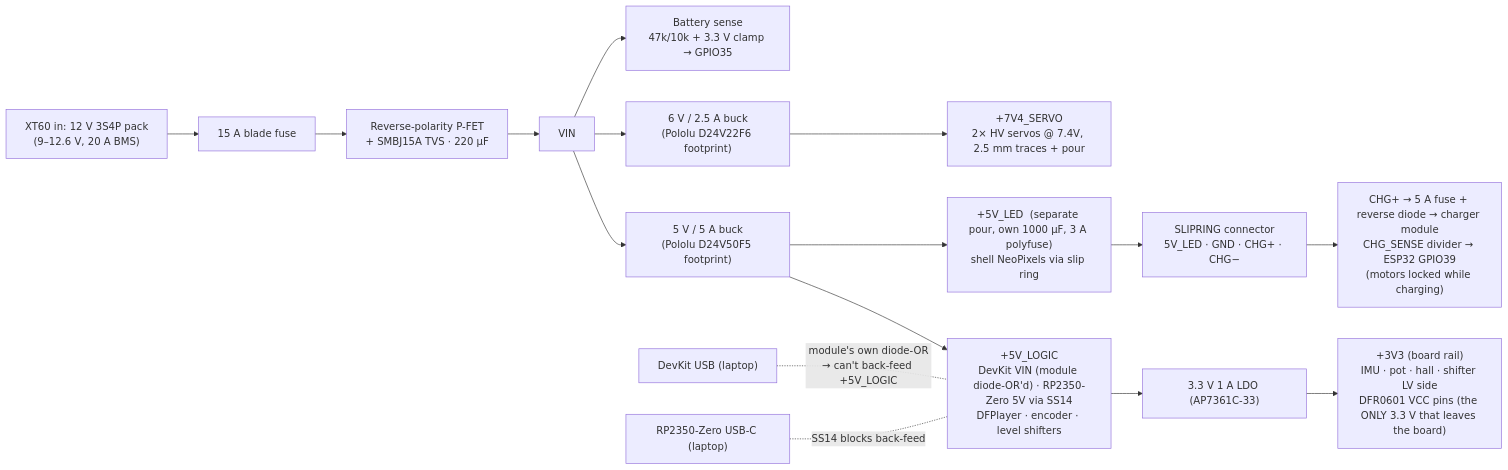
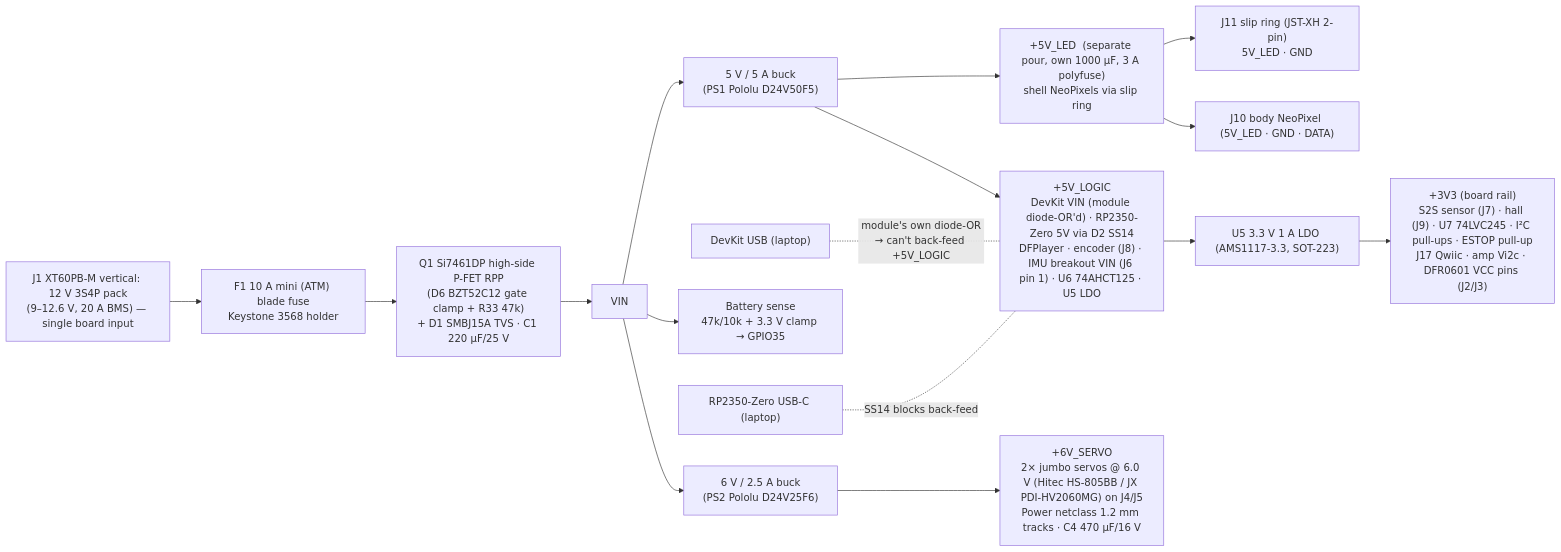
The second of 2 diagrams in docs/PCB_v10_Design.md (jlvandusen/Z-ClassControlSystem), drawn with Mermaid before and after one commit. The commit also changed other lines of this file and 9 other files, not shown here.

````diff
--- a/docs/PCB_v10_Design.md
+++ b/docs/PCB_v10_Design.md
@@ -90,15 +94,15 @@
 ```mermaid
 flowchart LR
-  BAT["XT60 in: 12 V 3S4P pack\n(9–12.6 V, 20 A BMS)"] --> F["15 A blade fuse"] --> RPP["Reverse-polarity P-FET\n+ SMBJ15A TVS · 220 µF"] --> VIN
-  VIN --> B5["5 V / 5 A buck\n(Pololu D24V50F5 footprint)"]
-  VIN --> B6["6 V / 2.5 A buck\n(Pololu D24V22F6 footprint)"]
+  BAT["J1 XT60PB-M vertical: 12 V 3S4P pack\n(9–12.6 V, 20 A BMS) — single board input"] --> F["F1 10 A mini (ATM) blade fuse\nKeystone 3568 holder"] --> RPP["Q1 Si7461DP high-side P-FET RPP\n(D6 BZT52C12 gate clamp + R33 47k)\n+ D1 SMBJ15A TVS · C1 220 µF/25 V"] --> VIN
+  VIN --> B5["5 V / 5 A buck\n(PS1 Pololu D24V50F5)"]
+  VIN --> B6["6 V / 2.5 A buck\n(PS2 Pololu D24V25F6)"]
   VIN --> BS["Battery sense\n47k/10k + 3.3 V clamp → GPIO35"]
-  B5 --> R5["+5V_LOGIC\nDevKit VIN (module diode-OR'd) · RP2350-Zero 5V via SS14\nDFPlayer · encoder · level shifters"]
+  B5 --> R5["+5V_LOGIC\nDevKit VIN (module diode-OR'd) · RP2350-Zero 5V via D2 SS14\nDFPlayer · encoder (J8) · IMU breakout VIN (J6 pin 1) · U6 74AHCT125 · U5 LDO"]
   B5 --> R5L["+5V_LED  (separate pour, own 1000 µF, 3 A polyfuse)\nshell NeoPixels via slip ring"]
-  R5L --> SR["SLIPRING connector\n5V_LED · GND · CHG+ · CHG−"]
-  SR --> CHG["CHG+ → 5 A fuse + reverse diode → charger module\nCHG_SENSE divider → ESP32 GPIO39\n(motors locked while charging)"]
-  R5 --> LDO["3.3 V 1 A LDO (AP7361C-33)"] --> R33["+3V3 (board rail)\nIMU · pot · hall · shifter LV side\nDFR0601 VCC pins (the ONLY 3.3 V that leaves the board)"]
-  B6 --> R6["+7V4_SERVO\n2× HV servos @ 7.4V, 2.5 mm traces + pour"]
+  R5L --> SR["J11 slip ring (JST-XH 2-pin)\n5V_LED · GND"]
+  R5L --> NP["J10 body NeoPixel (5V_LED · GND · DATA)"]
+  R5 --> LDO["U5 3.3 V 1 A LDO (AMS1117-3.3, SOT-223)"] --> R33["+3V3 (board rail)\nS2S sensor (J7) · hall (J9) · U7 74LVC245 · I²C pull-ups · ESTOP pull-up\nJ17 Qwiic · amp Vi2c · DFR0601 VCC pins (J2/J3)"]
+  B6 --> R6["+6V_SERVO\n2× jumbo servos @ 6.0 V (Hitec HS-805BB / JX PDI-HV2060MG) on J4/J5\nPower netclass 1.2 mm tracks · C4 470 µF/16 V"]
   USBE["DevKit USB (laptop)"] -. "module's own diode-OR\n→ can't back-feed +5V_LOGIC" .- R5
   USBR["RP2350-Zero USB-C (laptop)"] -. "SS14 blocks back-feed" .- R5
 ```
````
